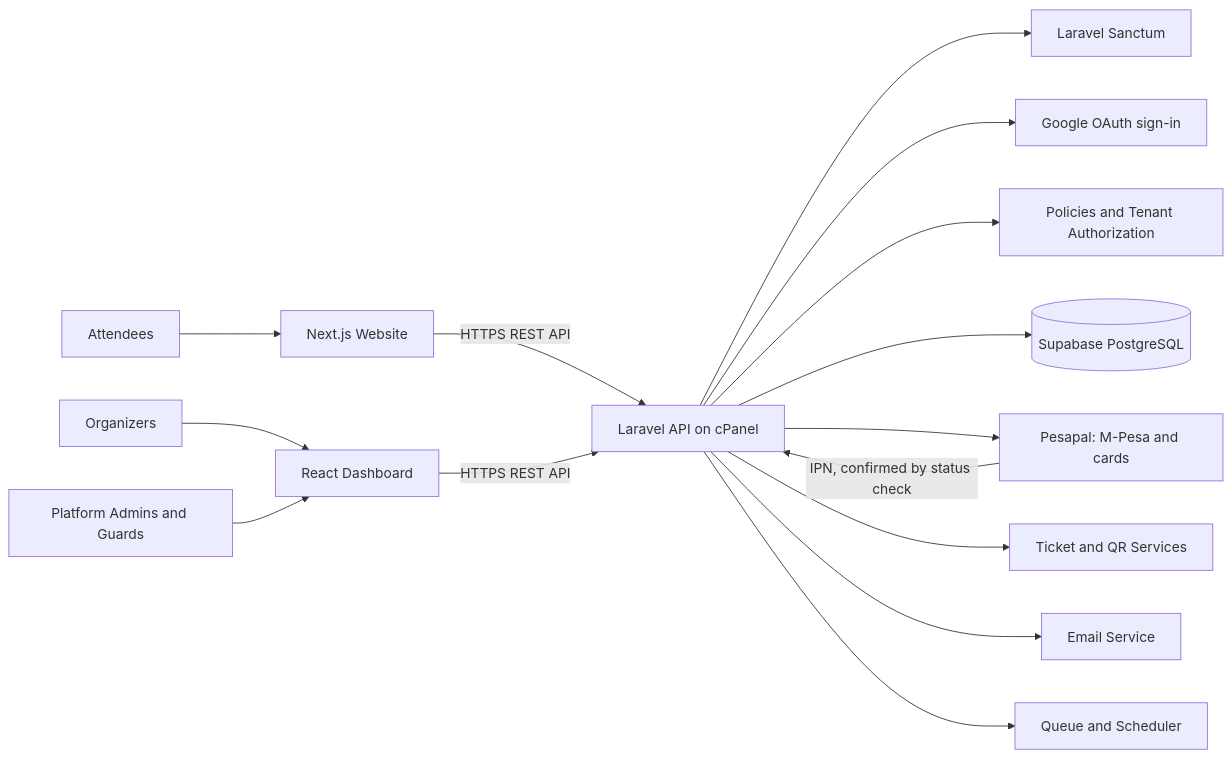
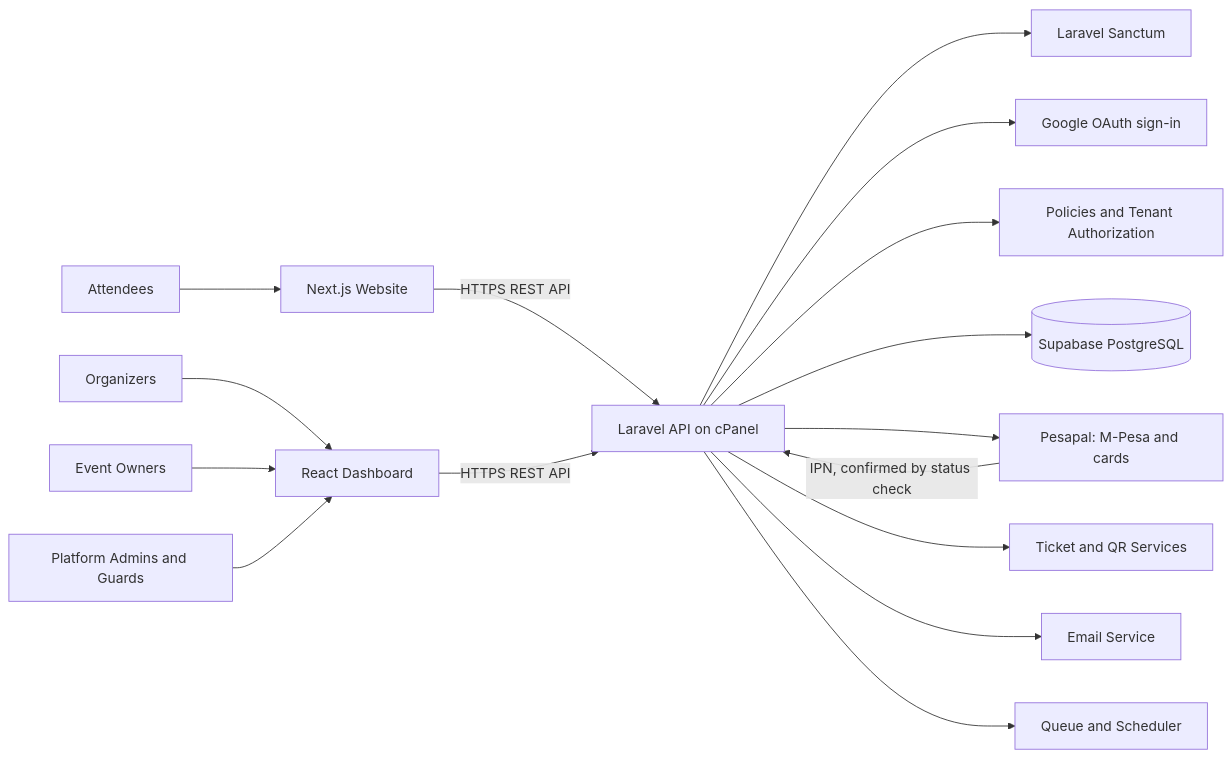
The diagram in doc/diagrams/techstack/01-system-architecture.mmd (kreativesahara/ticket), drawn with Mermaid before and after one commit. The commit also changed 14 other files, not shown here.

Commit message:
feat: add event owner role and system architecture diagrams

```diff
--- a/doc/diagrams/techstack/01-system-architecture.mmd
+++ b/doc/diagrams/techstack/01-system-architecture.mmd
@@ -1,18 +1,19 @@
 flowchart LR
     A[Attendees] --> W[Next.js Website]
     O[Organizers] --> D[React Dashboard]
+    EO[Event Owners] --> D
     G[Platform Admins and Guards] --> D
 
     W -- HTTPS REST API --> API[Laravel API on cPanel]
     D -- HTTPS REST API --> API
 
     API --> S[Laravel Sanctum]
     API --> GO[Google OAuth sign-in]
     API --> P[Policies and Tenant Authorization]
     API --> DB[(Supabase PostgreSQL)]
     API --> PAY[Pesapal: M-Pesa and cards]
     API --> QR[Ticket and QR Services]
     API --> E[Email Service]
     API --> Q[Queue and Scheduler]
 
     PAY -- IPN, confirmed by status check --> API
```
